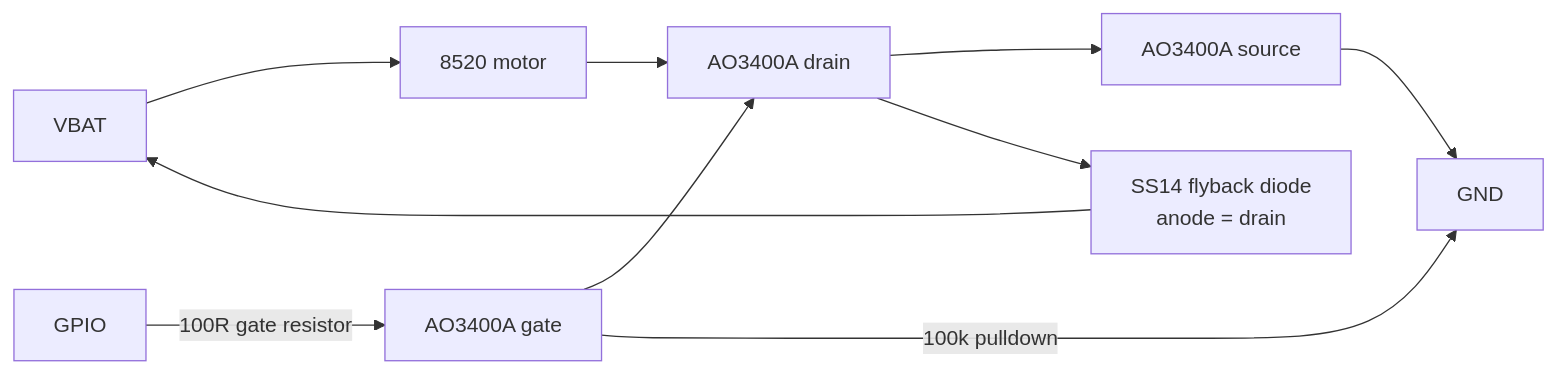
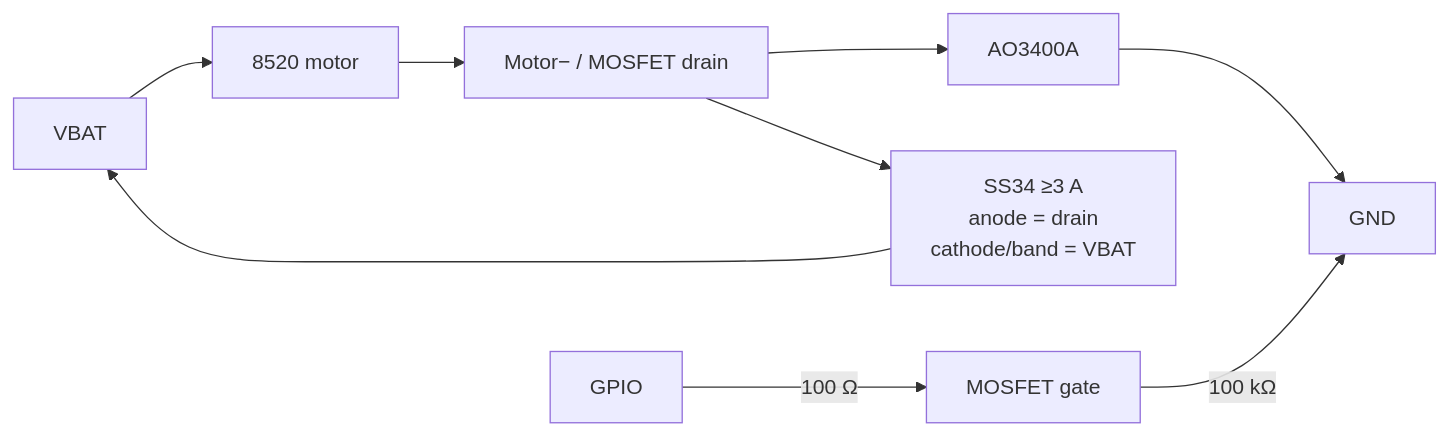
Before and after one commit to icepaule/IceDrone: the diagram in docs/02_ELECTRICAL.md, drawn with Mermaid. The commit also changed other lines of this file, not shown here.

````diff
--- a/docs/02_ELECTRICAL.md
+++ b/docs/02_ELECTRICAL.md
@@ -28,9 +41,8 @@
 ```mermaid
 flowchart LR
-    VBAT --> MOTOR["8520 motor"] --> DRAIN["AO3400A drain"]
-    DRAIN --> SOURCE["AO3400A source"] --> GND
-    DRAIN --> SS14["SS14 flyback diode<br/>anode = drain"] --> VBAT
-    GPIO -->|"100R gate resistor"| GATE["AO3400A gate"]
-    GATE --> DRAIN
-    GATE -->|"100k pulldown"| GND
+    VBAT --> MOTOR["8520 motor"] --> DRAIN["Motor− / MOSFET drain"]
+    DRAIN --> Q["AO3400A"] --> GND
+    DRAIN --> DIODE["SS34 ≥3 A<br/>anode = drain<br/>cathode/band = VBAT"] --> VBAT
+    GPIO -->|"100 Ω"| GATE["MOSFET gate"]
+    GATE -->|"100 kΩ"| GND
 ```
````
